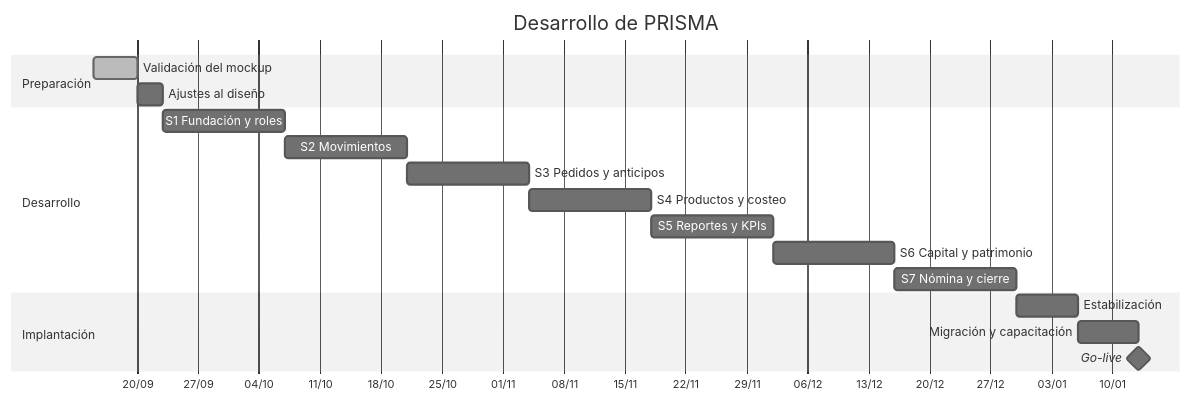
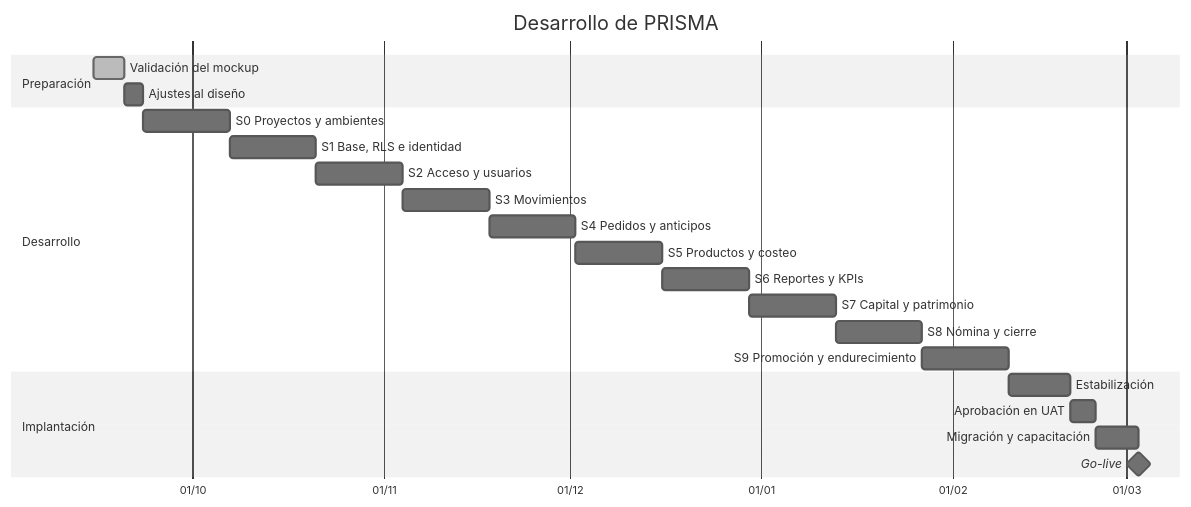
Before and after one commit to Juanchope039/Finanzas-PRISMA: the first of 2 diagrams in docs/08-plan-de-desarrollo.md, drawn with Mermaid (neutral theme). The commit also changed other lines of this file and 33 other files, not shown here.

````diff
--- a/docs/08-plan-de-desarrollo.md
+++ b/docs/08-plan-de-desarrollo.md
@@ -9,24 +38,28 @@
 ```mermaid
 gantt
     title Desarrollo de PRISMA
     dateFormat YYYY-MM-DD
     axisFormat %d/%m
 
     section Preparación
     Validación del mockup       :done, m1, 2026-09-15, 5d
     Ajustes al diseño           :m2, after m1, 3d
 
     section Desarrollo
-    S1 Fundación y roles        :s1, after m2, 14d
-    S2 Movimientos              :s2, after s1, 14d
-    S3 Pedidos y anticipos      :s3, after s2, 14d
-    S4 Productos y costeo       :s4, after s3, 14d
-    S5 Reportes y KPIs          :s5, after s4, 14d
-    S6 Capital y patrimonio     :s6, after s5, 14d
-    S7 Nómina y cierre          :s7, after s6, 14d
+    S0 Proyectos y ambientes    :s0, after m2, 14d
+    S1 Base, RLS e identidad    :s1, after s0, 14d
+    S2 Acceso y usuarios        :s2, after s1, 14d
+    S3 Movimientos              :s3, after s2, 14d
+    S4 Pedidos y anticipos      :s4, after s3, 14d
+    S5 Productos y costeo       :s5, after s4, 14d
+    S6 Reportes y KPIs          :s6, after s5, 14d
+    S7 Capital y patrimonio     :s7, after s6, 14d
+    S8 Nómina y cierre          :s8, after s7, 14d
+    S9 Promoción y endurecimiento :s9, after s8, 14d
 
     section Implantación
-    Estabilización              :e1, after s7, 7d
-    Migración y capacitación    :e2, after e1, 7d
-    Go-live                     :milestone, after e2, 0d
+    Estabilización              :e1, after s9, 10d
+    Aprobación en UAT           :e2, after e1, 4d
+    Migración y capacitación    :e3, after e2, 7d
+    Go-live                     :milestone, after e3, 0d
 ```
````
